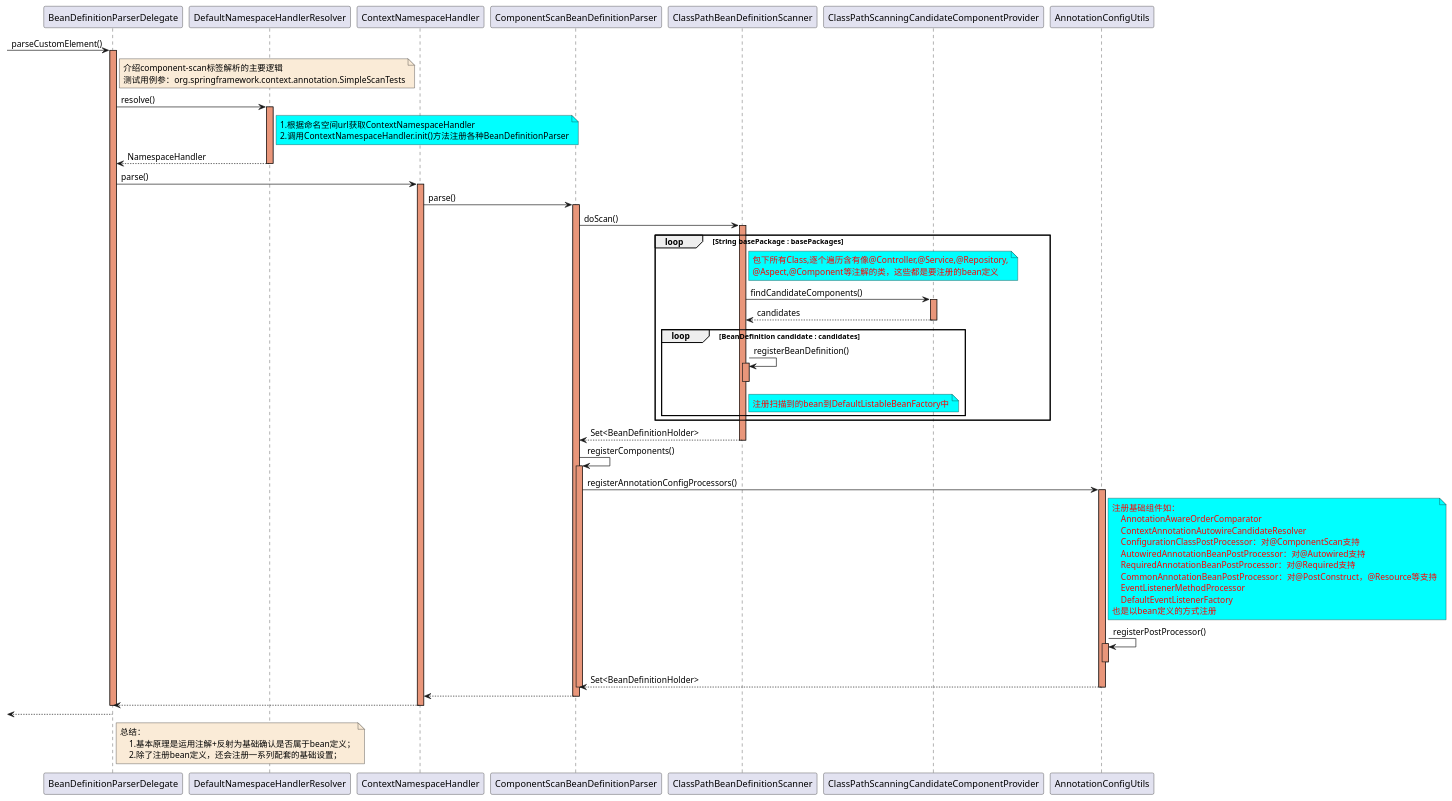
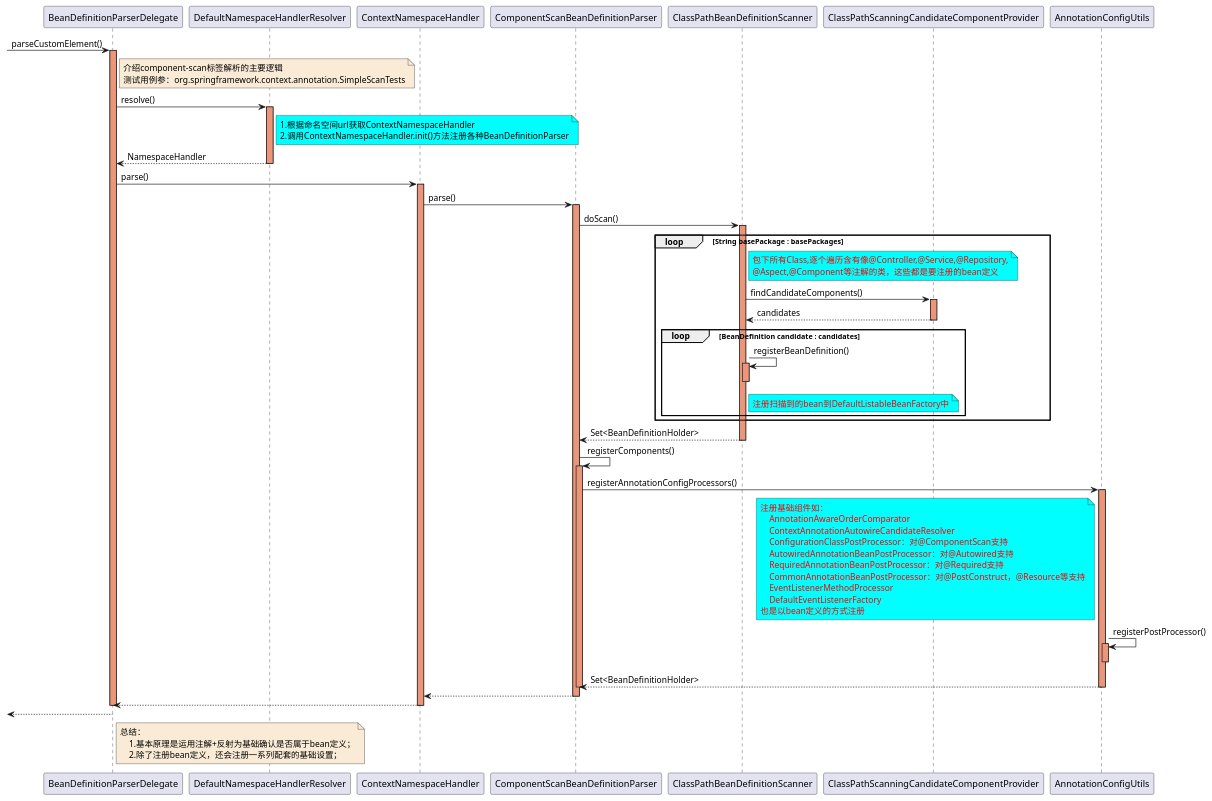
Before and after one commit to czwer/learn-spring-code: the diagram in document/spring/base/sequence/Container-BeanDefinition-Load-ByXml-2-BeanDefinitionParserDelegate_parseCustomElement-sequence.puml, drawn with PlantUML. The commit also changed 2 other files, not shown here.

Commit message:
添加注解扫描的时序图

```diff
--- a/document/spring/base/sequence/Container-BeanDefinition-Load-ByXml-2-BeanDefinitionParserDelegate_parseCustomElement-sequence.puml
+++ b/document/spring/base/sequence/Container-BeanDefinition-Load-ByXml-2-BeanDefinitionParserDelegate_parseCustomElement-sequence.puml
@@ -1,88 +1,88 @@
 @startuml
 
 -> BeanDefinitionParserDelegate : parseCustomElement()
 activate BeanDefinitionParserDelegate #DarkSalmon
 
     note right of BeanDefinitionParserDelegate #FAEBD7
         介绍component-scan标签解析的主要逻辑
         测试用例参：org.springframework.context.annotation.SimpleScanTests
     end note
 
     BeanDefinitionParserDelegate -> DefaultNamespaceHandlerResolver : resolve()
     activate DefaultNamespaceHandlerResolver #DarkSalmon
 
         note right of DefaultNamespaceHandlerResolver #aqua
             1.根据命名空间url获取ContextNamespaceHandler
             2.调用ContextNamespaceHandler.init()方法注册各种BeanDefinitionParser
         end note
 
     DefaultNamespaceHandlerResolver --> BeanDefinitionParserDelegate : NamespaceHandler
     deactivate DefaultNamespaceHandlerResolver
 
 
     BeanDefinitionParserDelegate -> ContextNamespaceHandler:parse()
     activate ContextNamespaceHandler #DarkSalmon
         ContextNamespaceHandler -> ComponentScanBeanDefinitionParser: parse()
         activate ComponentScanBeanDefinitionParser #DarkSalmon
 
             ComponentScanBeanDefinitionParser -> ClassPathBeanDefinitionScanner:doScan()
             activate ClassPathBeanDefinitionScanner #DarkSalmon
                 loop String basePackage : basePackages
                     note right of ClassPathBeanDefinitionScanner #aqua
                         <font color=red>包下所有Class,逐个遍历含有像@Controller,@Service,@Repository,</font>
                         <font color=red>@Aspect,@Component等注解的类，这些都是要注册的bean定义</font>
                     end note
                     ClassPathBeanDefinitionScanner -> ClassPathScanningCandidateComponentProvider:findCandidateComponents()
                     activate ClassPathScanningCandidateComponentProvider #DarkSalmon
                     ClassPathScanningCandidateComponentProvider --> ClassPathBeanDefinitionScanner : candidates
                     deactivate ClassPathScanningCandidateComponentProvider
                     loop BeanDefinition candidate : candidates
                         ClassPathBeanDefinitionScanner -> ClassPathBeanDefinitionScanner:registerBeanDefinition()
                         activate ClassPathBeanDefinitionScanner #DarkSalmon
                             note right of ClassPathBeanDefinitionScanner #aqua
                                 <font color=red>注册扫描到的bean到DefaultListableBeanFactory中</font>
                             end note
                         deactivate ClassPathBeanDefinitionScanner
                     end
                 end
             ClassPathBeanDefinitionScanner --> ComponentScanBeanDefinitionParser:Set<BeanDefinitionHolder>
             deactivate ClassPathBeanDefinitionScanner
 
             ComponentScanBeanDefinitionParser->ComponentScanBeanDefinitionParser:registerComponents()
             activate ComponentScanBeanDefinitionParser #DarkSalmon
                 ComponentScanBeanDefinitionParser ->AnnotationConfigUtils : registerAnnotationConfigProcessors()
                 activate AnnotationConfigUtils #DarkSalmon
-                    note right of AnnotationConfigUtils #aqua
+                    note left of AnnotationConfigUtils #aqua
                         <font color=red>注册基础组件如：</font>
                         <font color=red>    AnnotationAwareOrderComparator</font>
                         <font color=red>    ContextAnnotationAutowireCandidateResolver</font>
                         <font color=red>    ConfigurationClassPostProcessor：对@ComponentScan支持</font>
                         <font color=red>    AutowiredAnnotationBeanPostProcessor：对@Autowired支持</font>
                         <font color=red>    RequiredAnnotationBeanPostProcessor：对@Required支持</font>
                         <font color=red>    CommonAnnotationBeanPostProcessor：对@PostConstruct，@Resource等支持</font>
                         <font color=red>    EventListenerMethodProcessor</font>
                         <font color=red>    DefaultEventListenerFactory</font>
                         <font color=red>也是以bean定义的方式注册</font>
                     end note
                     AnnotationConfigUtils ->AnnotationConfigUtils:registerPostProcessor()
                     activate AnnotationConfigUtils #DarkSalmon
                     deactivate AnnotationConfigUtils
                 AnnotationConfigUtils --> ComponentScanBeanDefinitionParser : Set<BeanDefinitionHolder>
                 deactivate AnnotationConfigUtils
             deactivate ComponentScanBeanDefinitionParser
 
         ComponentScanBeanDefinitionParser --> ContextNamespaceHandler
         deactivate ComponentScanBeanDefinitionParser
     ContextNamespaceHandler --> BeanDefinitionParserDelegate
     deactivate ContextNamespaceHandler
 
 deactivate BeanDefinitionParserDelegate
 
 <--BeanDefinitionParserDelegate
 note right of BeanDefinitionParserDelegate #FAEBD7
     总结：
         1.基本原理是运用注解+反射为基础确认是否属于bean定义；
         2.除了注册bean定义，还会注册一系列配套的基础设置；
 end note
 
 @enduml
```
